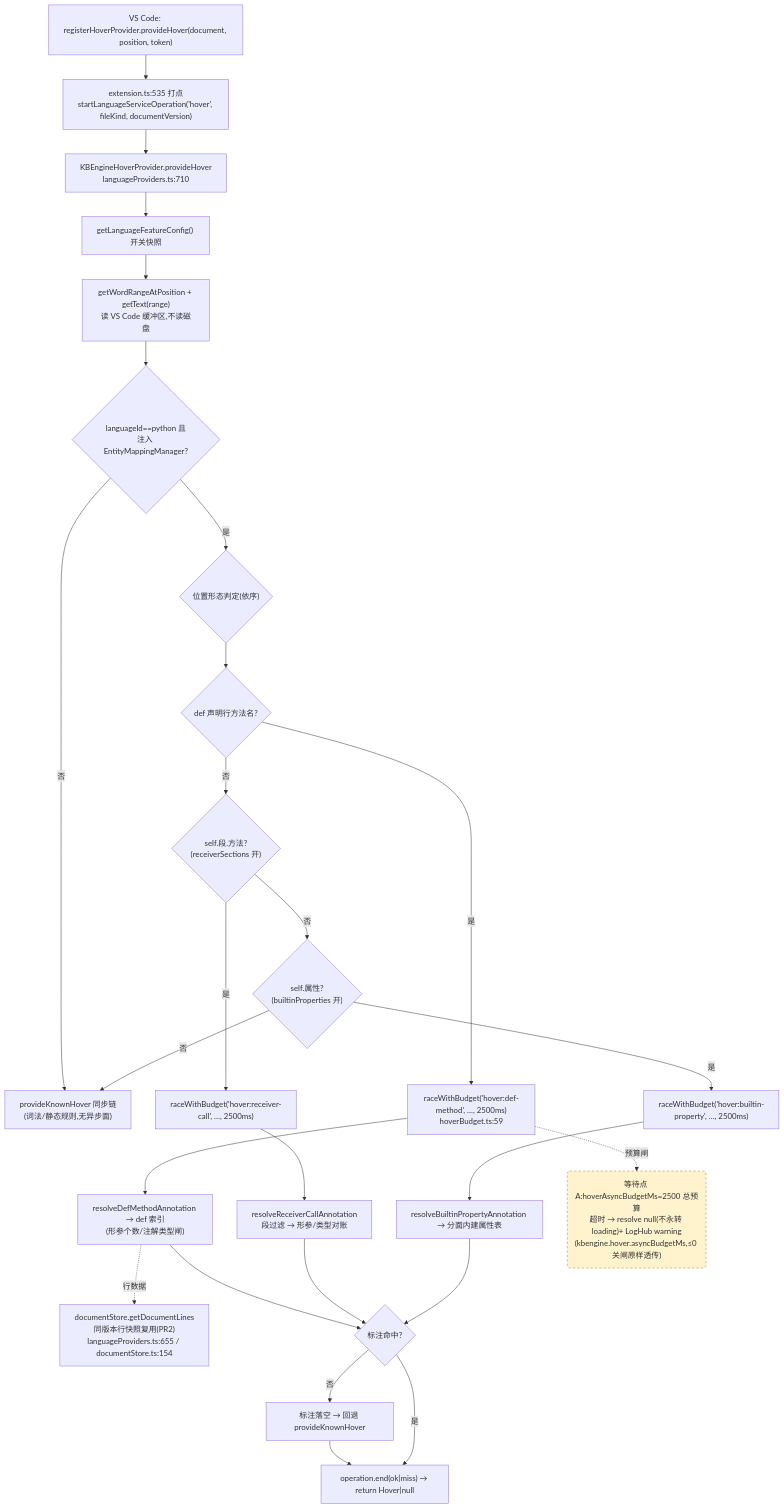
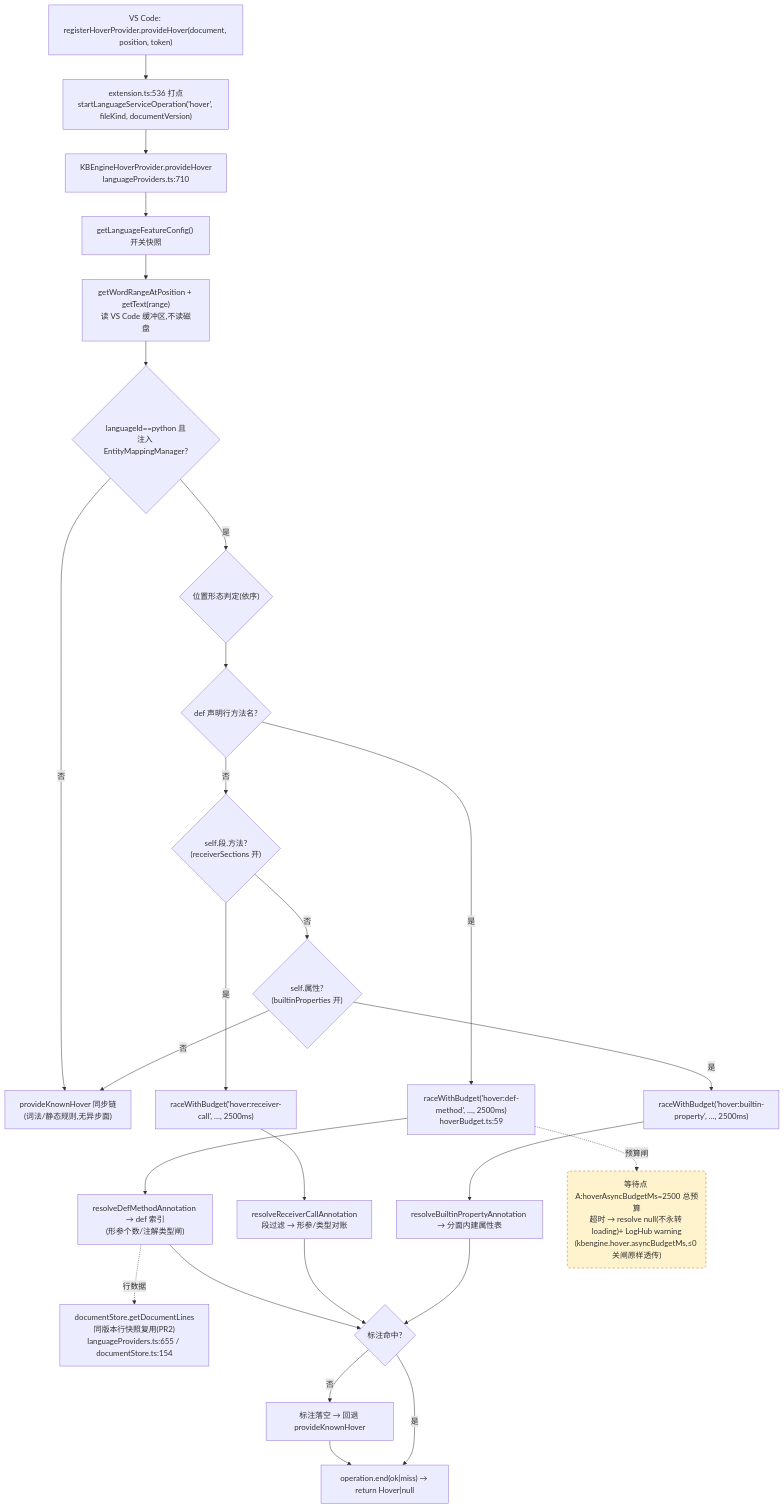
Before and after one commit to cuihairu/kode: the first of 4 diagrams in docs/perf/2026-baseline.md, drawn with Mermaid. The commit also changed other lines of this file and 6 other files, not shown here.

````diff
--- a/docs/perf/2026-baseline.md
+++ b/docs/perf/2026-baseline.md
@@ -82,45 +82,45 @@
 ```mermaid
 flowchart TD
   VC1["VS Code: registerHoverProvider.provideHover(document, position, token)"]
-  M1["extension.ts:535 打点<br/>startLanguageServiceOperation('hover', fileKind, documentVersion)"]
+  M1["extension.ts:536 打点<br/>startLanguageServiceOperation('hover', fileKind, documentVersion)"]
   HP["KBEngineHoverProvider.provideHover<br/>languageProviders.ts:710"]
   CFG["getLanguageFeatureConfig() 开关快照"]
   WORD["getWordRangeAtPosition + getText(range)<br/>读 VS Code 缓冲区,不读磁盘"]
   BR{"languageId==python 且<br/>注入 EntityMappingManager?"}
   KN["provideKnownHover 同步链<br/>(词法/静态规则,无异步面)"]
   POS{"位置形态判定(依序)"}
   D1{"def 声明行方法名?"}
   D2{"self.段.方法?<br/>(receiverSections 开)"}
   D3{"self.属性?<br/>(builtinProperties 开)"}
   RA1["raceWithBudget('hover:def-method', …, 2500ms)<br/>hoverBudget.ts:59"]
   RA2["raceWithBudget('hover:receiver-call', …, 2500ms)"]
   RA3["raceWithBudget('hover:builtin-property', …, 2500ms)"]
   RS1["resolveDefMethodAnnotation → def 索引<br/>(形参个数/注解类型闸)"]
   RS2["resolveReceiverCallAnnotation<br/>段过滤 → 形参/类型对账"]
   RS3["resolveBuiltinPropertyAnnotation → 分面内建属性表"]
   LINES["documentStore.getDocumentLines<br/>同版本行快照复用(PR2)<br/>languageProviders.ts:655 / documentStore.ts:154"]
   MISS["标注落空 → 回退 provideKnownHover"]
   END1["operation.end(ok|miss) → return Hover|null"]
 
   VC1 --> M1 --> HP --> CFG --> WORD --> BR
   BR -- "否" --> KN
   BR -- "是" --> POS --> D1
   D1 -- "是" --> RA1 --> RS1
   D1 -- "否" --> D2
   D2 -- "是" --> RA2 --> RS2
   D2 -- "否" --> D3
   D3 -- "是" --> RA3 --> RS3
   D3 -- "否" --> KN
   RS1 --> HIT{"标注命中?"}
   RS2 --> HIT
   RS3 --> HIT
   RS1 -.->|行数据| LINES
   HIT -- "否" --> MISS --> END1
   HIT -- "是" --> END1
 
   WAITA("等待点 A:hoverAsyncBudgetMs=2500 总预算<br/>超时 → resolve null(不永转 loading)+ LogHub warning<br/>(kbengine.hover.asyncBudgetMs,≤0 关闸原样透传)")
   RA1 -.->|预算闸| WAITA
 
   classDef waitPoint fill:#fff3cd,stroke:#d97706,stroke-dasharray:5 4;
   class WAITA waitPoint;
 ```
````
